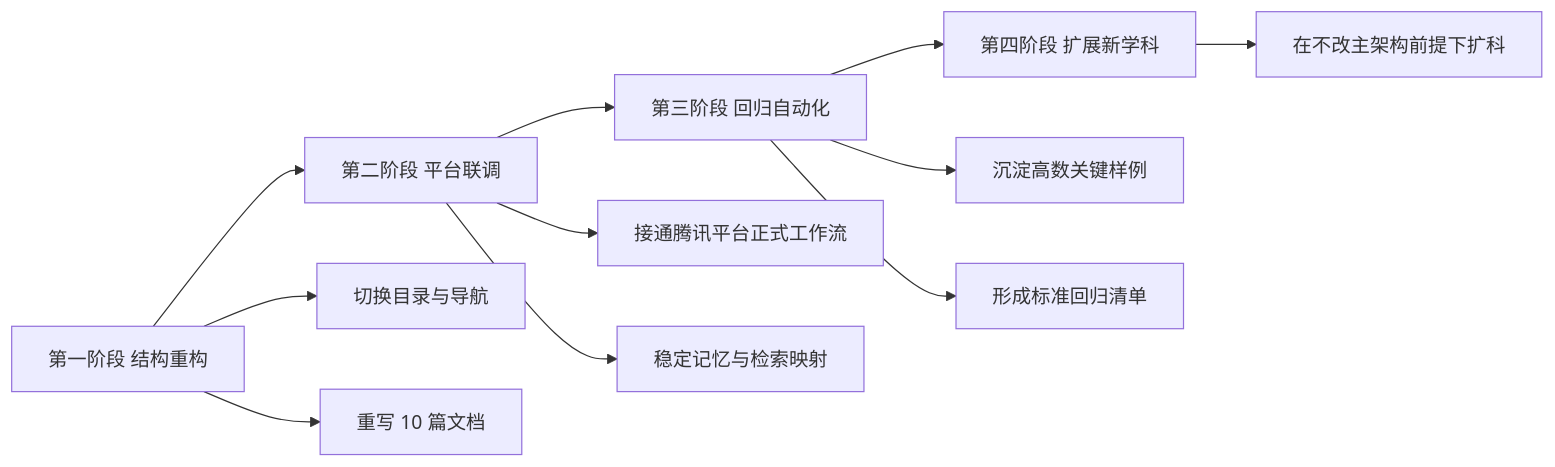
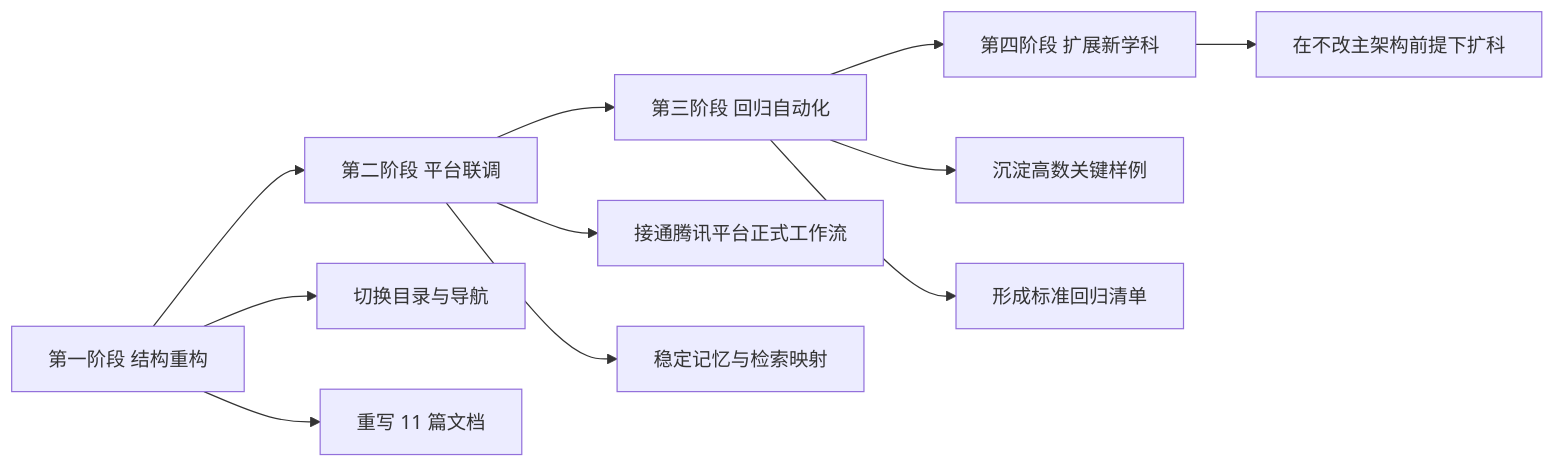
One commit to chenqsq/doc-showcase changed the third of 4 diagrams in doc/开发文档/09-测试验证与迭代计划.md. Above: the diagram before and after it, drawn with Mermaid. The commit also changed other lines of this file and 7 other files, not shown here.

````diff
--- a/doc/开发文档/09-测试验证与迭代计划.md
+++ b/doc/开发文档/09-测试验证与迭代计划.md
@@ -81,14 +82,14 @@
 ```mermaid
 flowchart LR
     A[第一阶段 结构重构] --> B[第二阶段 平台联调]
     B --> C[第三阶段 回归自动化]
     C --> D[第四阶段 扩展新学科]
 
     A --> A1[切换目录与导航]
-    A --> A2[重写 10 篇文档]
+    A --> A2[重写 11 篇文档]
     B --> B1[接通腾讯平台正式工作流]
     B --> B2[稳定记忆与检索映射]
     C --> C1[沉淀高数关键样例]
     C --> C2[形成标准回归清单]
     D --> D1[在不改主架构前提下扩科]
 ```
````
